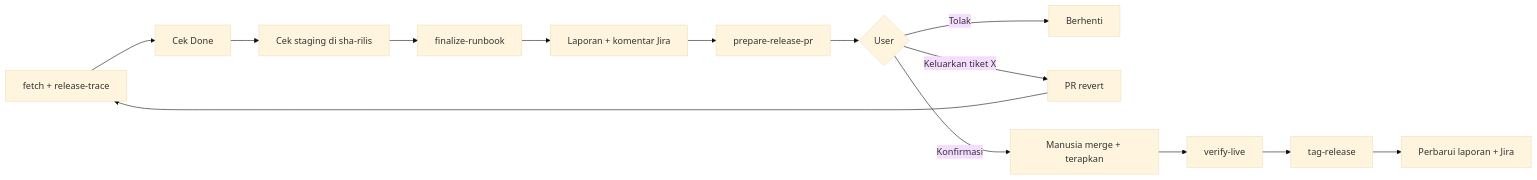
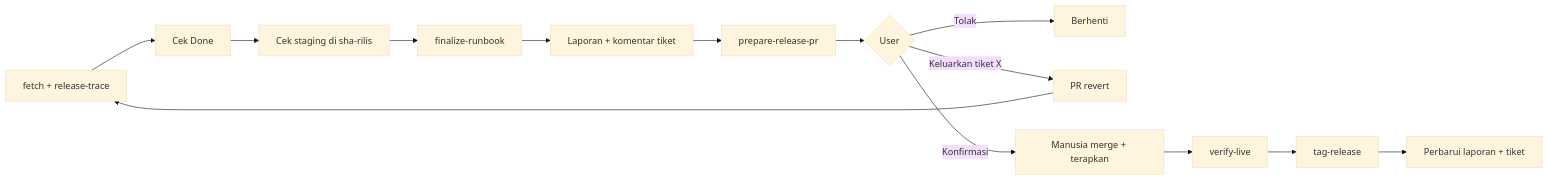
One commit to roiskhoiron/DevOps-Agent-Workflow changed the diagram in skills/branch-manager/SKILL.md. Above: the diagram before and after it, drawn with Mermaid (base theme). The commit also changed other lines of this file and 35 other files, not shown here.

First line of the commit message:
feat: platform tiket tanpa default (Jira / GitHub Projects / GitLab board / manual)

````diff
--- a/skills/branch-manager/SKILL.md
+++ b/skills/branch-manager/SKILL.md
@@ -12,8 +12,8 @@
 ```mermaid
 flowchart LR
   F[fetch + release-trace] --> C[Cek Done] --> S[Cek staging di sha-rilis]
-  S --> FR[finalize-runbook] --> D[Laporan + komentar Jira] --> P[prepare-release-pr] --> Q{User}
+  S --> FR[finalize-runbook] --> D[Laporan + komentar tiket] --> P[prepare-release-pr] --> Q{User}
   Q -- Tolak --> X[Berhenti]
   Q -- Keluarkan tiket X --> R[PR revert] --> F
-  Q -- Konfirmasi --> W[Manusia merge + terapkan] --> V[verify-live] --> G[tag-release] --> U[Perbarui laporan + Jira]
+  Q -- Konfirmasi --> W[Manusia merge + terapkan] --> V[verify-live] --> G[tag-release] --> U[Perbarui laporan + tiket]
 ```
````
